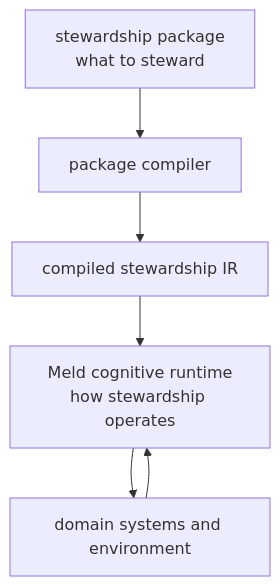
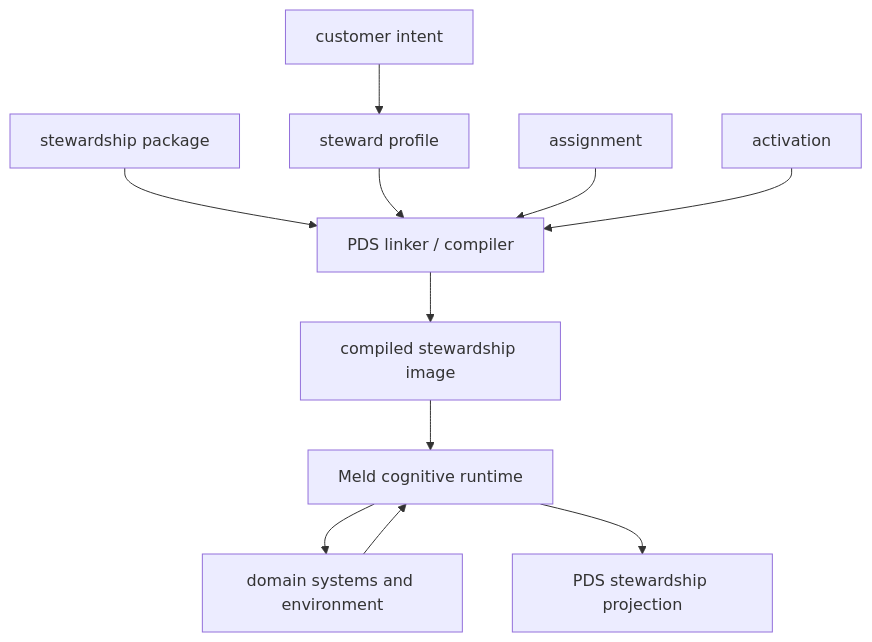
The diagram in design/persistent_domain_stewardship/README.md (JerkyTreats/meld), drawn with Mermaid before and after one commit. The commit also changed other lines of this file, not shown here.

Commit message:
design(pds): mark overview as proposal and link index

````diff
--- a/design/persistent_domain_stewardship/README.md
+++ b/design/persistent_domain_stewardship/README.md
@@ -26,8 +38,13 @@
 ```mermaid
 flowchart TD
-    PKG[stewardship package<br/>what to steward] --> CMP[package compiler]
-    CMP --> IR[compiled stewardship IR]
-    IR --> RT[Meld cognitive runtime<br/>how stewardship operates]
+    USER[customer intent] --> PROFILE[steward profile]
+    PACKAGE[stewardship package] --> LINK[PDS linker / compiler]
+    PROFILE --> LINK
+    ASSIGN[assignment] --> LINK
+    ACT[activation] --> LINK
+    LINK --> IMAGE[compiled stewardship image]
+    IMAGE --> RT[Meld cognitive runtime]
     EXT[domain systems and environment] --> RT
     RT --> EXT
+    RT --> VIEW[PDS stewardship projection]
 ```
````
